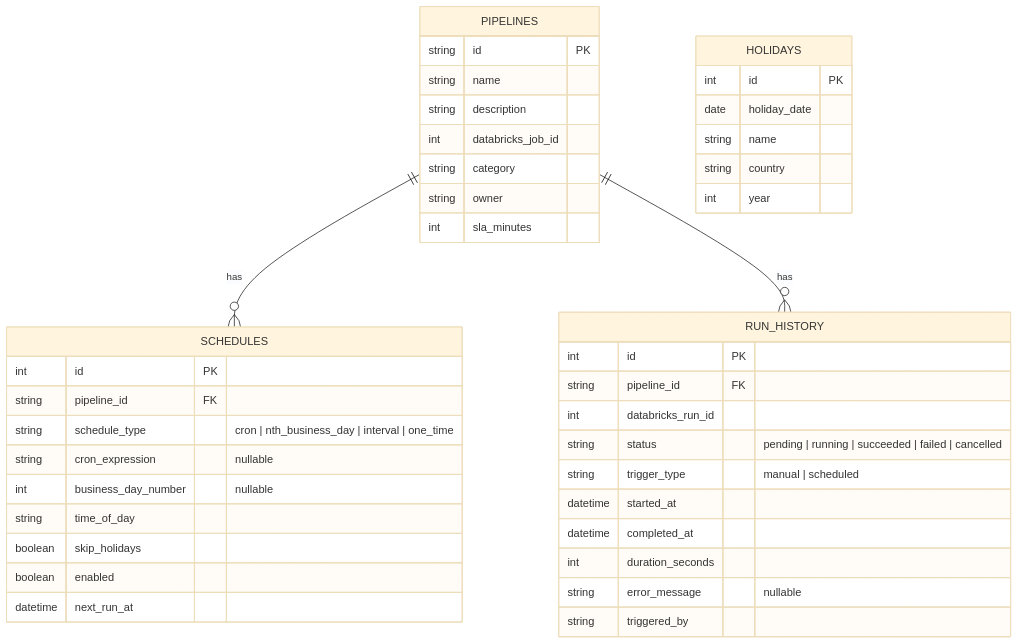
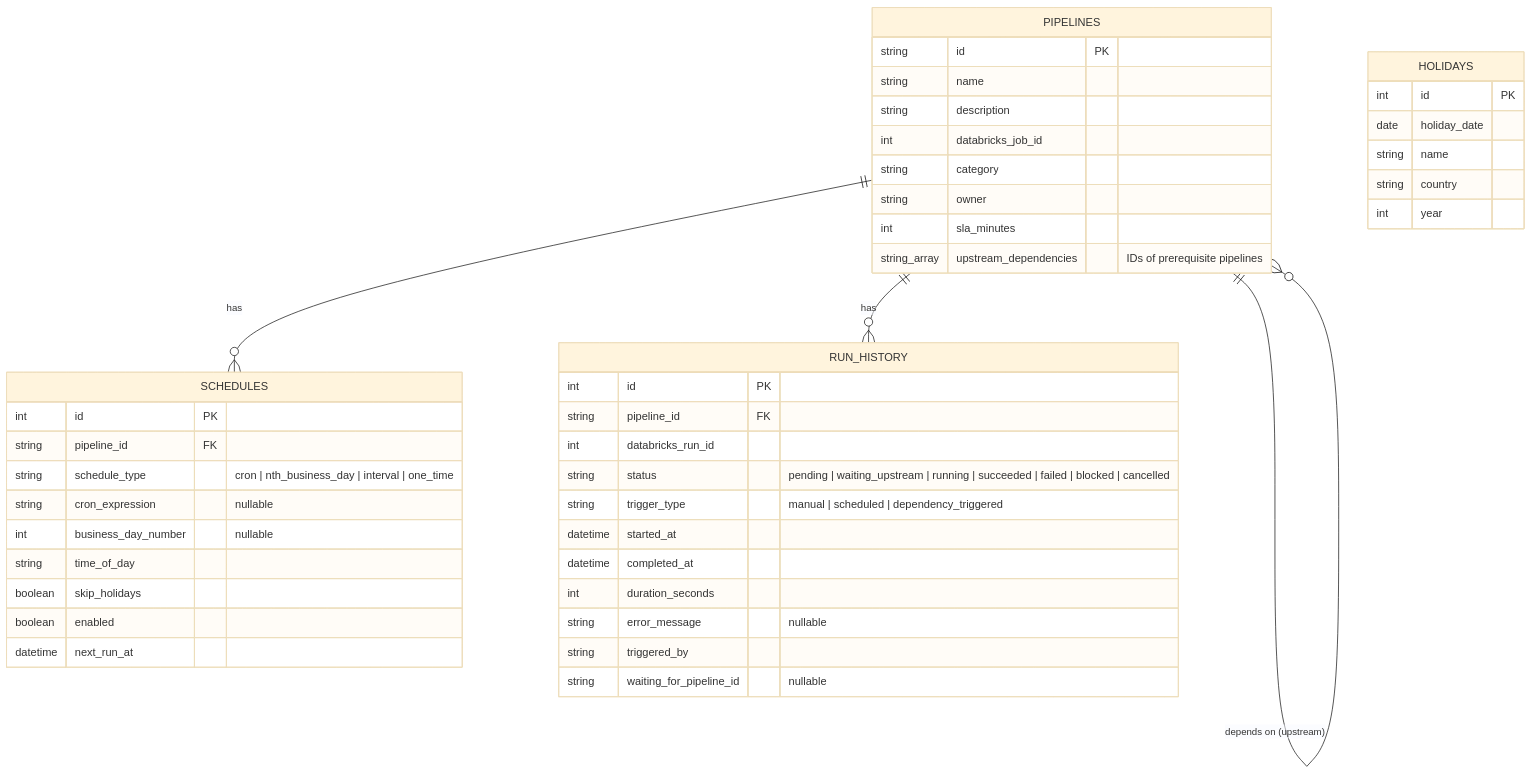
One commit to PavanGowda1719/Databricks_Jobs_Scheduler changed the second of 2 diagrams in implementation_plan.md. Above: the diagram before and after it, drawn with Mermaid (base theme). The commit also changed other lines of this file, not shown here.

Commit message:
docs(plan): add pipeline dependencies engine and rose-pink/white UI theme to Phase 2

````diff
--- a/implementation_plan.md
+++ b/implementation_plan.md
@@ -195,44 +195,47 @@
 ```mermaid
 erDiagram
     PIPELINES {
         string id PK
         string name
         string description
         int databricks_job_id
         string category
         string owner
         int sla_minutes
+        string_array upstream_dependencies "IDs of prerequisite pipelines"
     }
     SCHEDULES {
         int id PK
         string pipeline_id FK
         string schedule_type "cron | nth_business_day | interval | one_time"
         string cron_expression "nullable"
         int business_day_number "nullable"
         string time_of_day
         boolean skip_holidays
         boolean enabled
         datetime next_run_at
     }
     RUN_HISTORY {
         int id PK
         string pipeline_id FK
         int databricks_run_id
-        string status "pending | running | succeeded | failed | cancelled"
-        string trigger_type "manual | scheduled"
+        string status "pending | waiting_upstream | running | succeeded | failed | blocked | cancelled"
+        string trigger_type "manual | scheduled | dependency_triggered"
         datetime started_at
         datetime completed_at
         int duration_seconds
         string error_message "nullable"
         string triggered_by
+        string waiting_for_pipeline_id "nullable"
     }
     HOLIDAYS {
         int id PK
         date holiday_date
         string name
         string country
         int year
     }
     PIPELINES ||--o{ SCHEDULES : "has"
     PIPELINES ||--o{ RUN_HISTORY : "has"
+    PIPELINES ||--o{ PIPELINES : "depends on (upstream)"
 ```
````
